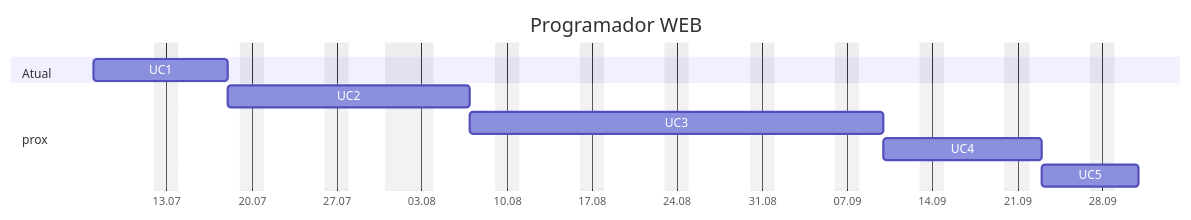
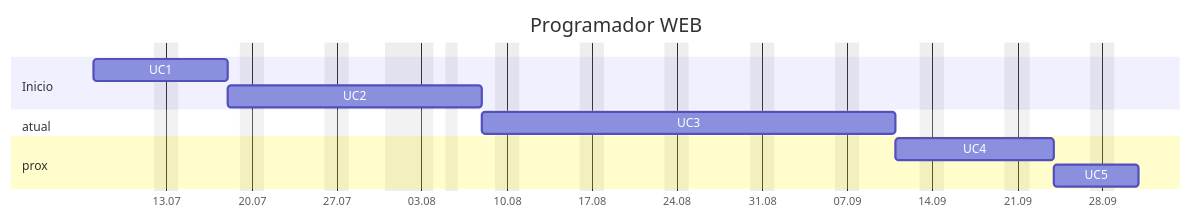
One commit to jocile/digitalgarden changed the diagram in src/site/notes/Programador Web.md. Above: the diagram before and after it, drawn with Mermaid. The commit also changed other lines of this file, not shown here.

````diff
--- a/src/site/notes/Programador Web.md
+++ b/src/site/notes/Programador Web.md
@@ -73,15 +73,16 @@
 ```mermaid
 gantt
      title Programador WEB
      tickInterval 1week
-     excludes Saturday, Sunday, 31:07, 01:08
+     excludes Saturday, Sunday, 31:07, 01:08, 05:08
      dateFormat DD:MM
      axisFormat %d.%m
-     section Atual
+     section Inicio
          UC1 :a1, 07:07, 9d
+         UC2 :a2,after a1, 12d
+     section atual
+         UC3 :a3, after a2, 24d
      section prox
-         UC2 :a2,after a1, 12d
-         UC3 :a3, after a2, 24d
          UC4 :a4, after a3, 9d
-         UC5 :a5, after a4, 6d
+         UC5 :a5, after a4, 5d
 ```
````
